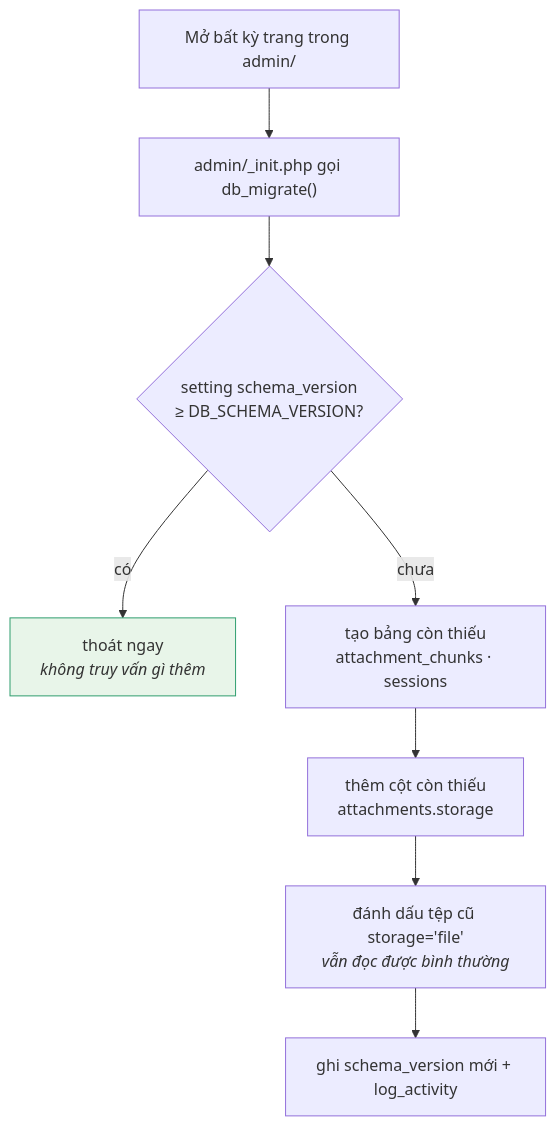
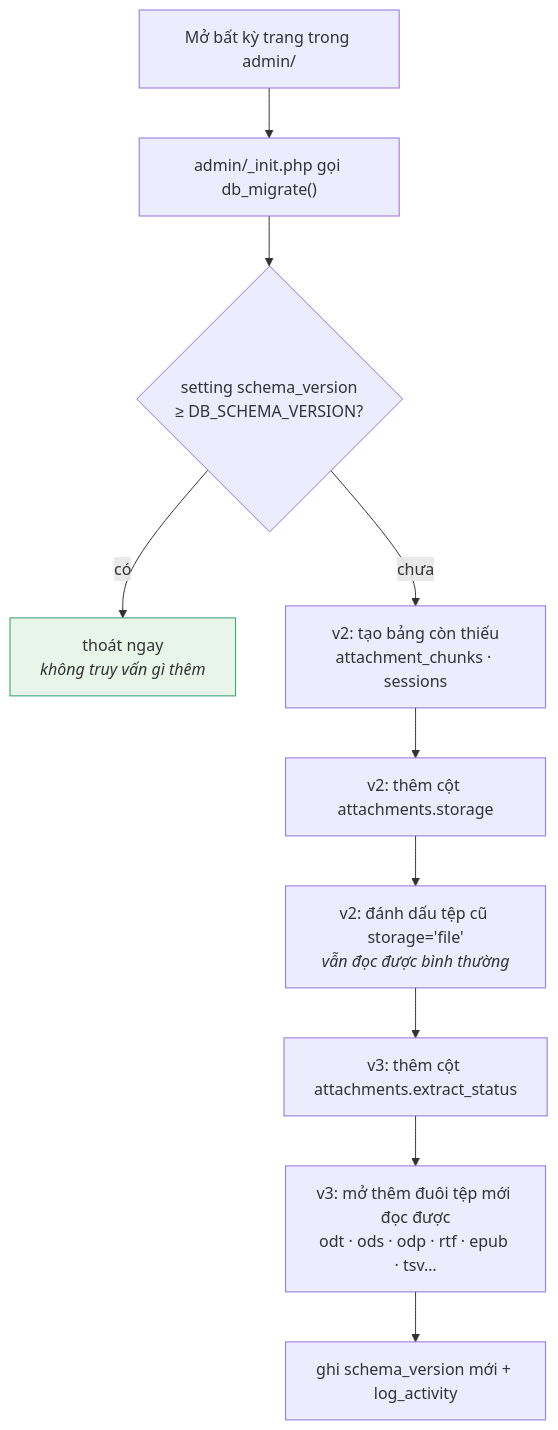
One commit to tlearnvn/tuan-chatbot changed diagram 18 of 21 in docs/QUY-TRINH-KY-THUAT.md. Above: the diagram before and after it, drawn with Mermaid. The commit also changed other lines of this file and 19 other files, not shown here.

````diff
--- a/docs/QUY-TRINH-KY-THUAT.md
+++ b/docs/QUY-TRINH-KY-THUAT.md
@@ -760,12 +889,14 @@
 ```mermaid
 flowchart TD
     A["Mở bất kỳ trang trong admin/"] --> B["admin/_init.php gọi db_migrate()"]
     B --> C{"setting schema_version<br/>≥ DB_SCHEMA_VERSION?"}
     C -->|"có"| D["thoát ngay<br/><i>không truy vấn gì thêm</i>"]
-    C -->|"chưa"| E["tạo bảng còn thiếu<br/>attachment_chunks · sessions"]
-    E --> F["thêm cột còn thiếu<br/>attachments.storage"]
-    F --> G["đánh dấu tệp cũ storage='file'<br/><i>vẫn đọc được bình thường</i>"]
-    G --> H["ghi schema_version mới + log_activity"]
+    C -->|"chưa"| E["v2: tạo bảng còn thiếu<br/>attachment_chunks · sessions"]
+    E --> F["v2: thêm cột attachments.storage"]
+    F --> G["v2: đánh dấu tệp cũ storage='file'<br/><i>vẫn đọc được bình thường</i>"]
+    G --> I["v3: thêm cột attachments.extract_status"]
+    I --> J["v3: mở thêm đuôi tệp mới đọc được<br/>odt · ods · odp · rtf · epub · tsv…"]
+    J --> H["ghi schema_version mới + log_activity"]
 
     style D fill:#e8f5e9,stroke:#2f9e6e
 ```
````
